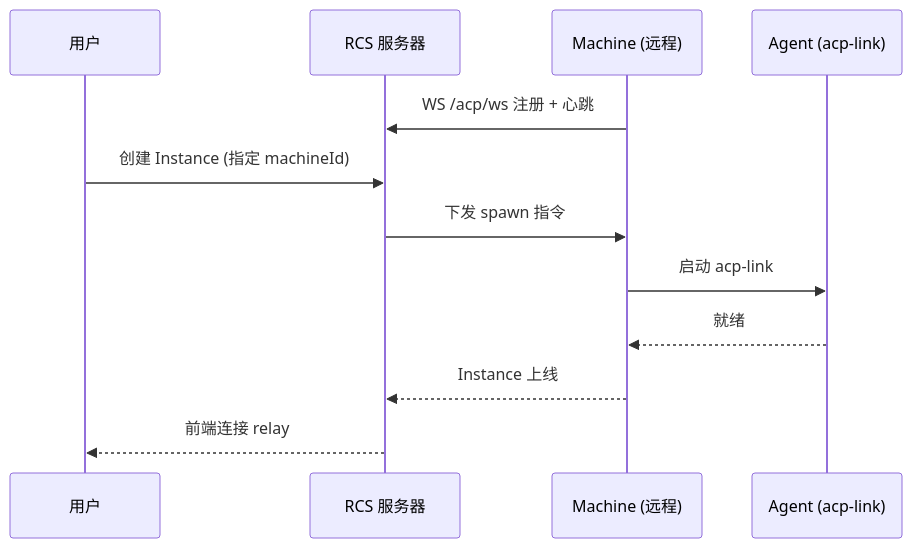
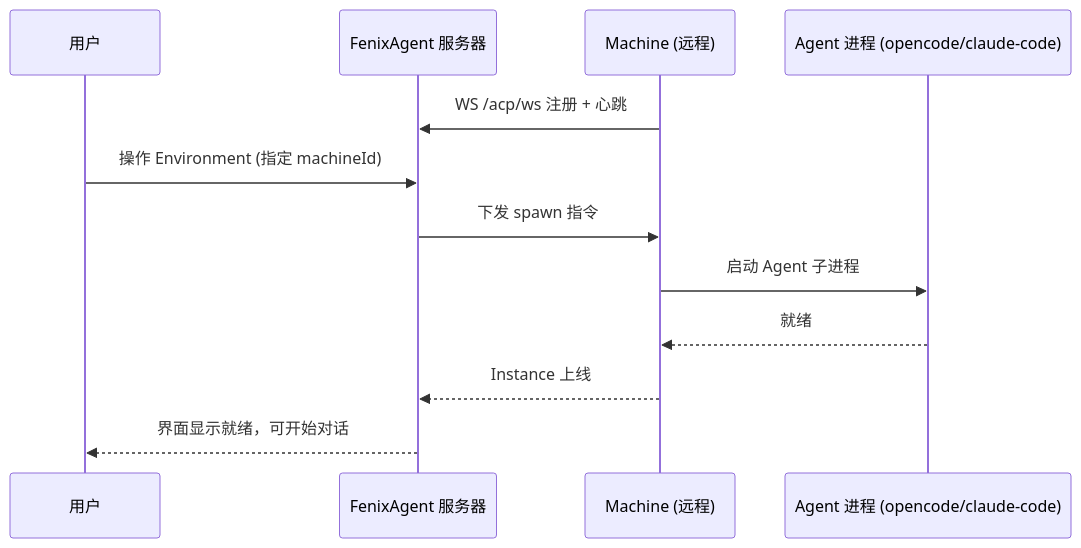
One commit to HuangPuStar/FenixAgent changed the fourth of 4 diagrams in docs/arch/05-chat.md. Above: the diagram before and after it, drawn with Mermaid. The commit also changed other lines of this file and 5 other files, not shown here.

First line of the commit message:
docs(arch): acp-link 概念收缩 + Agent 界面重写 + 资源注入

````diff
--- a/docs/arch/05-chat.md
+++ b/docs/arch/05-chat.md
@@ -85,15 +152,15 @@
 ```mermaid
 sequenceDiagram
     participant U as 用户
-    participant R as RCS 服务器
+    participant R as FenixAgent 服务器
     participant M as Machine (远程)
-    participant A as Agent (acp-link)
+    participant A as Agent 进程 (opencode/claude-code)
 
     M->>R: WS /acp/ws 注册 + 心跳
-    U->>R: 创建 Instance (指定 machineId)
+    U->>R: 操作 Environment (指定 machineId)
     R->>M: 下发 spawn 指令
-    M->>A: 启动 acp-link
+    M->>A: 启动 Agent 子进程
     A-->>M: 就绪
     M-->>R: Instance 上线
-    R-->>U: 前端连接 relay
+    R-->>U: 界面显示就绪，可开始对话
 ```
````
